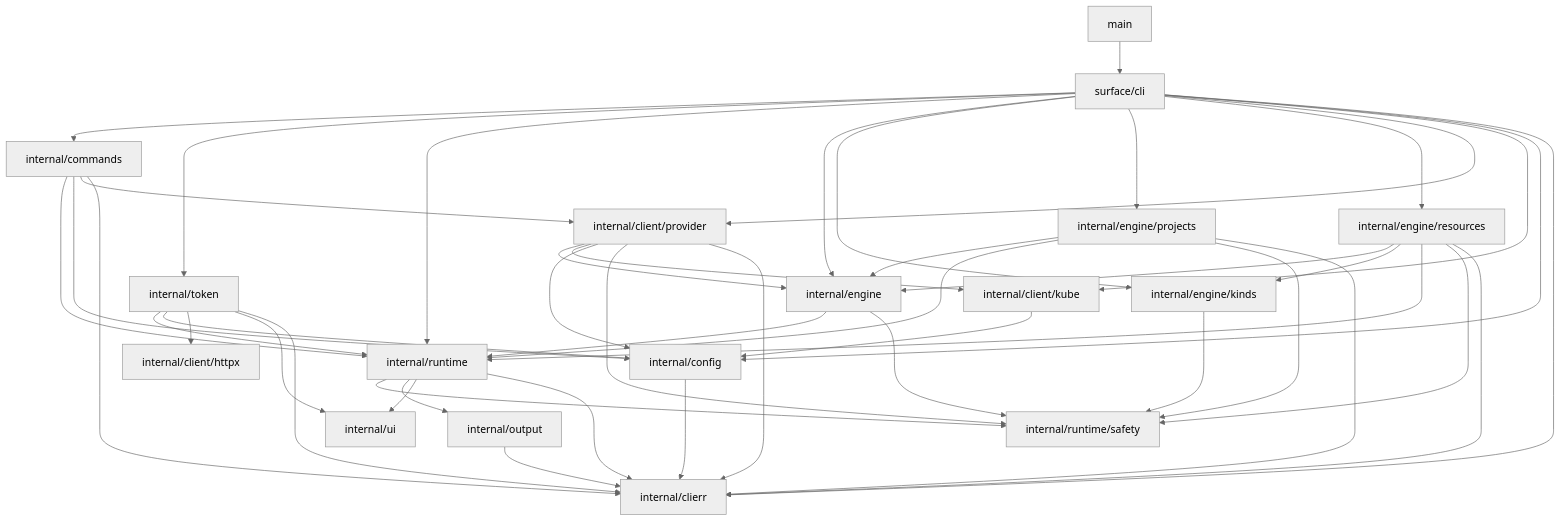
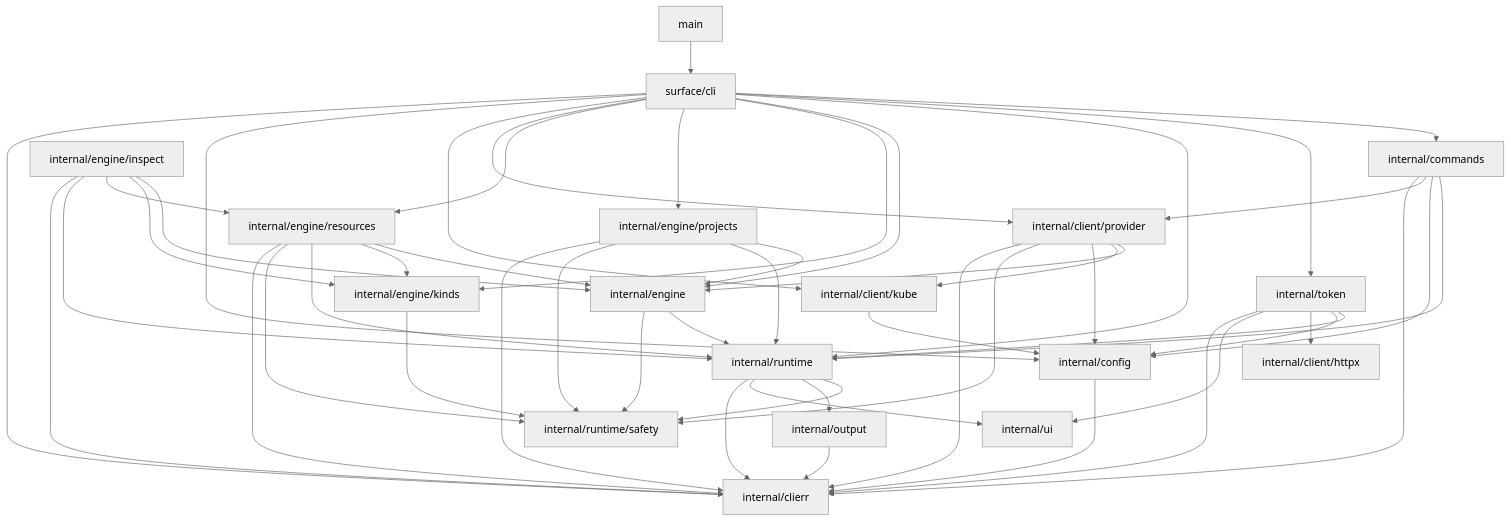
One commit to rancher/rancher-cli changed the diagram in ARCHITECTURE.md. Above: the diagram before and after it, drawn with Mermaid (neutral theme). The commit also changed other lines of this file and 12 other files, not shown here.

```diff
--- a/ARCHITECTURE.md
+++ b/ARCHITECTURE.md
@@ -71,6 +72,7 @@
     engine["internal/engine"]
     kinds["internal/engine/kinds"]
     resources["internal/engine/resources"]
+    inspect["internal/engine/inspect"]
     projects["internal/engine/projects"]
     config["internal/config"]
     provider["internal/client/provider"]
@@ -121,6 +123,12 @@
     resources --> safety
     resources --> clierr
 
+    inspect --> engine
+    inspect --> kinds
+    inspect --> resources
+    inspect --> runtime
+    inspect --> clierr
+
     projects --> engine
     projects --> runtime
     projects --> safety
```
